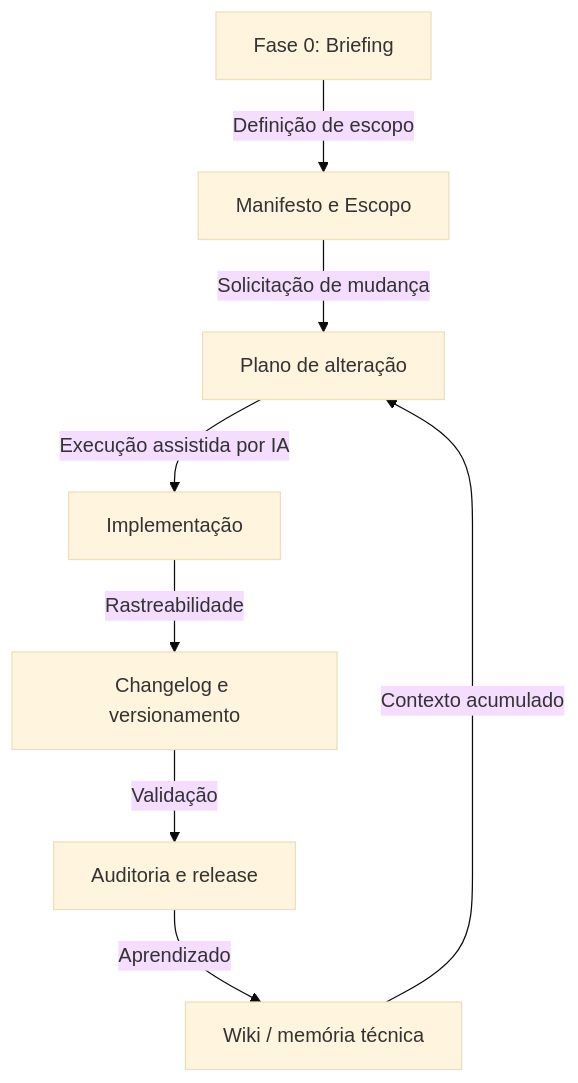
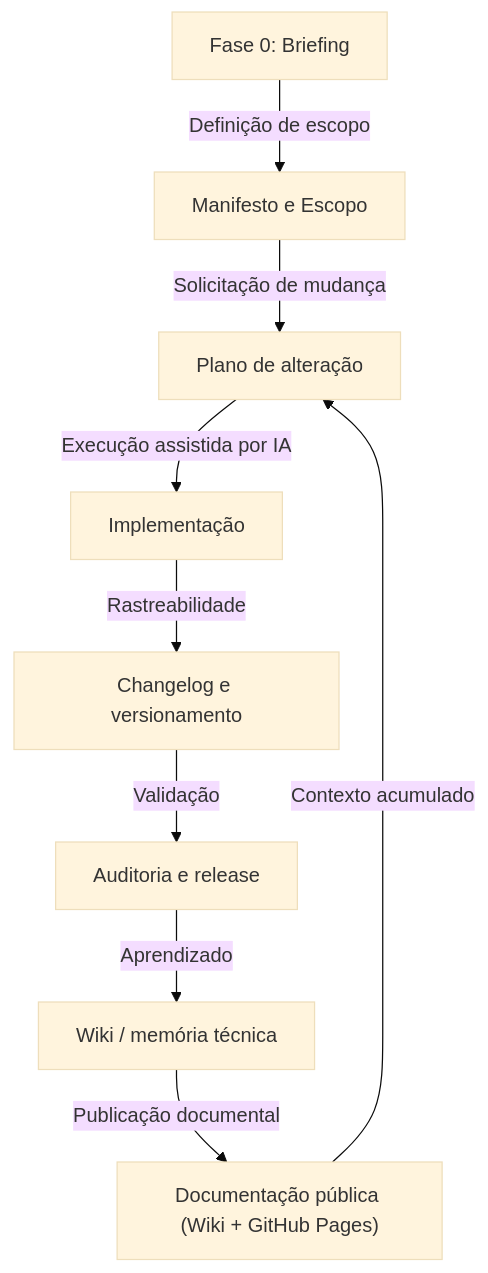
One commit to Sistema2D/FrameCode-VibeWork changed the first of 2 diagrams in README.md. Above: the diagram before and after it, drawn with Mermaid (base theme). The commit also changed other lines of this file and 6 other files, not shown here.

Commit message:
docs: add local model sizing guidance and sync lifecycle publication flow

````diff
--- a/README.md
+++ b/README.md
@@ -17,10 +17,11 @@
 ```mermaid
 graph TD
     A["Fase 0: Briefing"] -->|"Definição de escopo"| B["Manifesto e Escopo"]
     B -->|"Solicitação de mudança"| C["Plano de alteração"]
     C -->|"Execução assistida por IA"| D["Implementação"]
     D -->|"Rastreabilidade"| E["Changelog e versionamento"]
     E -->|"Validação"| F["Auditoria e release"]
     F -->|"Aprendizado"| G["Wiki / memória técnica"]
-    G -->|"Contexto acumulado"| C
+    G -->|"Publicação documental"| H["Documentação pública (Wiki + GitHub Pages)"]
+    H -->|"Contexto acumulado"| C
 ```
````
